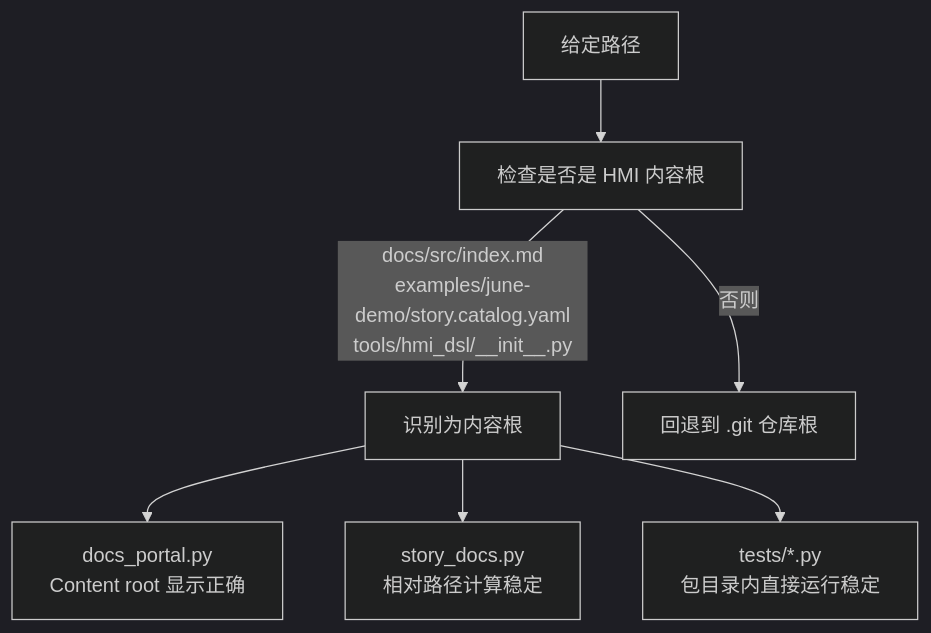
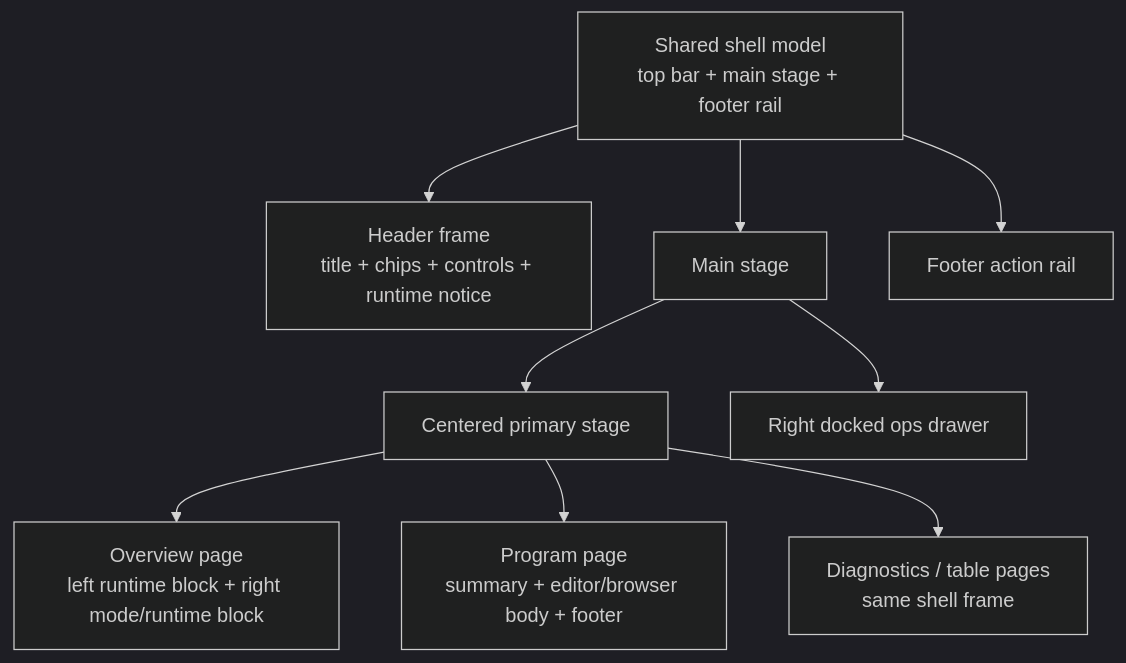
One commit to luppiterw/metanc_hmi_dsl_reports changed the second of 3 diagrams in 2026-04-17-codex-session/architecture-diagram.md. Above: the diagram before and after it, drawn with Mermaid (dark theme). The commit also changed other lines of this file and 6 other files, not shown here.

````diff
--- a/2026-04-17-codex-session/architecture-diagram.md
+++ b/2026-04-17-codex-session/architecture-diagram.md
@@ -19,10 +21,13 @@
 ```mermaid
 flowchart TD
-    INPUT["给定路径"] --> CHECK["检查是否是 HMI 内容根"]
-    CHECK -->|docs/src/index.md<br/>examples/june-demo/story.catalog.yaml<br/>tools/hmi_dsl/__init__.py| HMIROOT["识别为内容根"]
-    CHECK -->|否则| GITROOT["回退到 .git 仓库根"]
+    SHELL["Shared shell model<br/>top bar + main stage + footer rail"] --> HEADER["Header frame<br/>title + chips + controls + runtime notice"]
+    SHELL --> STAGE["Main stage"]
+    SHELL --> FOOTER["Footer action rail"]
 
-    HMIROOT --> DOCS["docs_portal.py<br/>Content root 显示正确"]
-    HMIROOT --> STORY["story_docs.py<br/>相对路径计算稳定"]
-    HMIROOT --> TESTS["tests/*.py<br/>包目录内直接运行稳定"]
+    STAGE --> MAIN["Centered primary stage"]
+    STAGE --> OPS["Right docked ops drawer"]
+
+    MAIN --> OVERVIEW["Overview page<br/>left runtime block + right mode/runtime block"]
+    MAIN --> PROGRAM["Program page<br/>summary + editor/browser body + footer"]
+    MAIN --> DIAG["Diagnostics / table pages<br/>same shell frame"]
 ```
````
